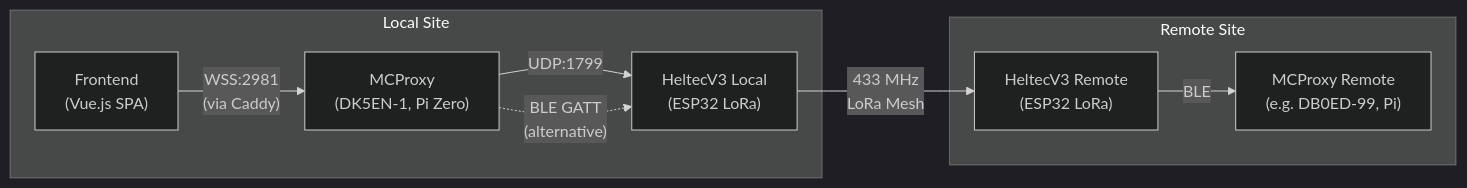
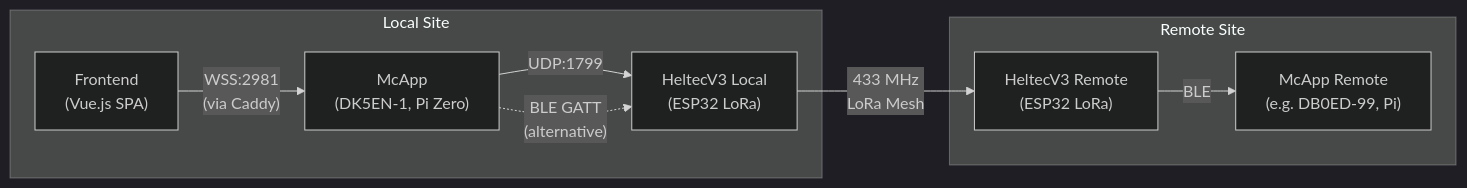
The first of 7 diagrams in doc/command-if.md (DK5EN/McApp), drawn with Mermaid (dark theme) before and after one commit. The commit also changed other lines of this file and 62 other files, not shown here.

First line of the commit message:
[refactor] Rename MCProxy → McApp across entire codebase

````diff
--- a/doc/command-if.md
+++ b/doc/command-if.md
@@ -23,19 +23,19 @@
 ```mermaid
 graph LR
     subgraph "Local Site"
         FE["Frontend<br/>(Vue.js SPA)"]
-        MC["MCProxy<br/>(DK5EN-1, Pi Zero)"]
+        MC["McApp<br/>(DK5EN-1, Pi Zero)"]
         HL["HeltecV3 Local<br/>(ESP32 LoRa)"]
     end
 
     subgraph "Remote Site"
         HR["HeltecV3 Remote<br/>(ESP32 LoRa)"]
-        MR["MCProxy Remote<br/>(e.g. DB0ED-99, Pi)"]
+        MR["McApp Remote<br/>(e.g. DB0ED-99, Pi)"]
     end
 
     FE -- "WSS:2981<br/>(via Caddy)" --> MC
     MC -- "UDP:1799" --> HL
     MC -. "BLE GATT<br/>(alternative)" .-> HL
     HL -- "433 MHz<br/>LoRa Mesh" --> HR
     HR -- "BLE" --> MR
 ```
````
